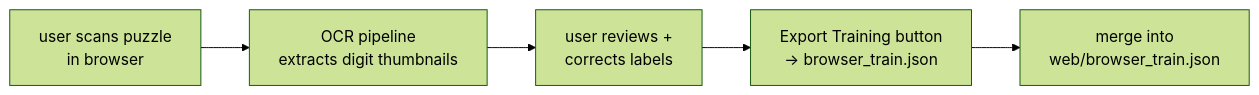
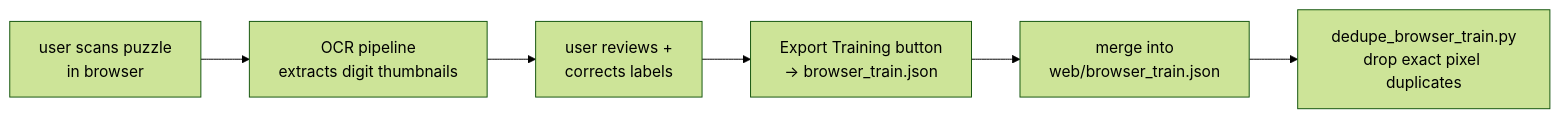
One commit to gbarrett28/cagedoku changed the ninth of 11 diagrams in docs/image-pipeline.md. Above: the diagram before and after it, drawn with Mermaid (forest theme). The commit also changed other lines of this file and 13 other files, not shown here.

````diff
--- a/docs/image-pipeline.md
+++ b/docs/image-pipeline.md
@@ -470,7 +502,8 @@
 ```mermaid
 flowchart LR
     A[user scans puzzle\nin browser] --> B[OCR pipeline\nextracts digit thumbnails]
     B --> C[user reviews +\ncorrects labels]
     C --> D[Export Training button\n-> browser_train.json]
     D --> E[merge into\nweb/browser_train.json]
+    E --> F[dedupe_browser_train.py\ndrop exact pixel duplicates]
 ```
````
